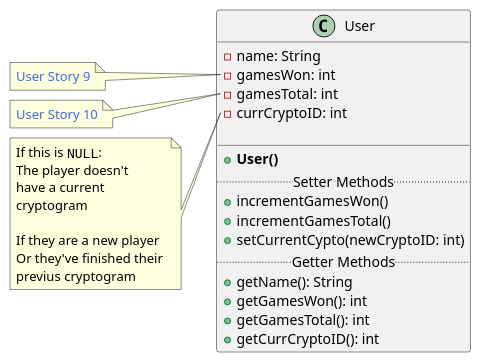
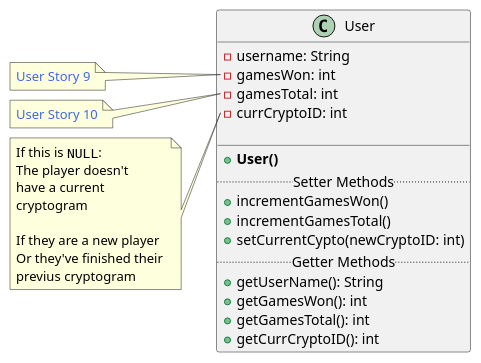
Before and after one commit to finlaysr/CS207-Cryptograms: the diagram in Class-Diagrams/src/user.puml, drawn with PlantUML. The commit also changed 5 other files, not shown here.

```diff
--- a/Class-Diagrams/src/user.puml
+++ b/Class-Diagrams/src/user.puml
@@ -1,41 +1,41 @@
 @startuml
 class User {
-    - name: String
+    - username: String
     - gamesWon: int
     - gamesTotal: int
     - currCryptoID: int
 
     __
     + **User()**
     ..Setter Methods..
     + incrementGamesWon() 
     + incrementGamesTotal()
     + setCurrentCypto(newCryptoID: int)
     ..Getter Methods..
-    + getName(): String
+    + getUserName(): String
     + getGamesWon(): int
     + getGamesTotal(): int
     + getCurrCryptoID(): int
 }
 
 note left of User::gamesWon
     <color:royalBlue>User Story 9</color>
 end note
 
 note left of User::gamesTotal
     <color:royalBlue>User Story 10</color>
 end note
 
 note left of User::currCryptoID
  If this is ""NULL"":
  The player doesn't 
  have a current 
  cryptogram
 
  If they are a new player
  Or they've finished their 
  previus cryptogram
 end note
 
 
 @enduml
```
